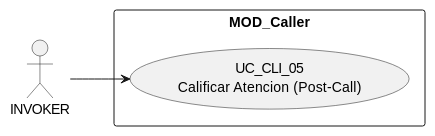
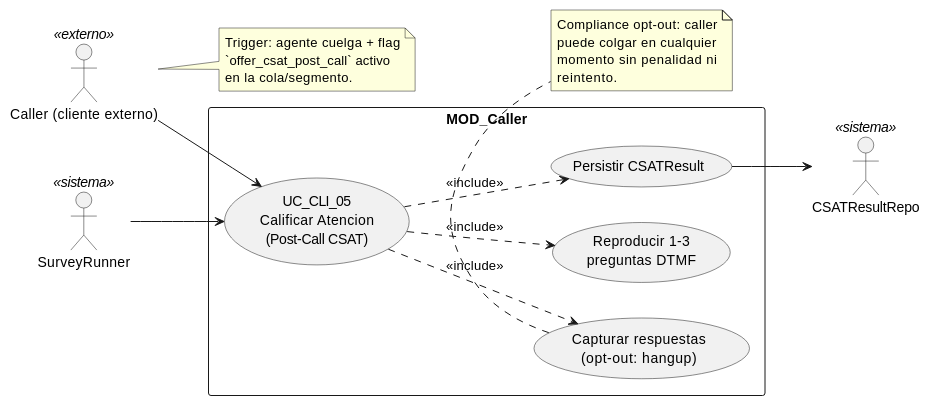
One commit to jcg-admin/IACT-docs changed the diagram in source/requisitos/casos-uso/caller/uc-cli-05/diagramas-uml/diagrama-de-caso-de-uso.rst. Above: the diagram before and after it, drawn with PlantUML. The commit also changed 7 other files, not shown here.

```diff
--- a/source/requisitos/casos-uso/caller/uc-cli-05/diagramas-uml/diagrama-de-caso-de-uso.rst
+++ b/source/requisitos/casos-uso/caller/uc-cli-05/diagramas-uml/diagrama-de-caso-de-uso.rst
@@ -4,22 +4,41 @@
 .. uml::
  :caption: UC_CLI_05 — actores y casos asociados
 
  @startuml
 
  left to right direction
 
- ' TODO (use-case-view-uml07-rebuild Nivel A): completar
- ' actores (INVOKER + beneficiarios + Sistema), sub-usecases
- ' (validaciones, side-effects, audit emit), relaciones
- ' (`<<include>>`, `<<extend>>`) y notas referenciando BRs/CNSTs.
- ' Ver patron canonico en uc-acc-01/diagramas-uml/diagrama-de-caso-de-uso.rst.
-
- actor "INVOKER" as INVOKER
+ actor "Caller (cliente externo)" as CALLER <<externo>>
+ actor "SurveyRunner" as SURVEY <<sistema>>
+ actor "CSATResultRepo" as REPO <<sistema>>
 
  rectangle "MOD_Caller" {
-   usecase "UC_CLI_05\nCalificar Atencion (Post-Call)" as UC_CLI_05
+   usecase "UC_CLI_05\nCalificar Atencion\n(Post-Call CSAT)" as UC_CLI_05
+   usecase "Reproducir 1-3\npreguntas DTMF" as PREGUNTAR
+   usecase "Capturar respuestas\n(opt-out: hangup)" as CAPTURAR
+   usecase "Persistir CSATResult" as PERSISTIR
  }
 
- INVOKER --> UC_CLI_05
+ CALLER --> UC_CLI_05
+ SURVEY --> UC_CLI_05
+
+ UC_CLI_05 ..> PREGUNTAR : <<include>>
+ UC_CLI_05 ..> CAPTURAR : <<include>>
+ UC_CLI_05 ..> PERSISTIR : <<include>>
+
+ PERSISTIR --> REPO
+
+ note bottom of CAPTURAR
+   Compliance opt-out: caller
+   puede colgar en cualquier
+   momento sin penalidad ni
+   reintento.
+ end note
+
+ note right of CALLER
+   Trigger: agente cuelga + flag
+   `offer_csat_post_call` activo
+   en la cola/segmento.
+ end note
 
  @enduml
```
